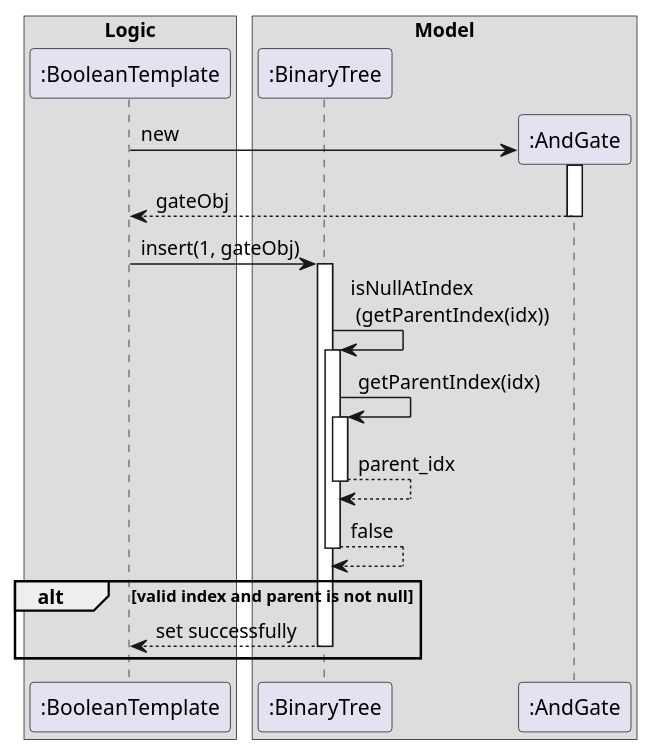
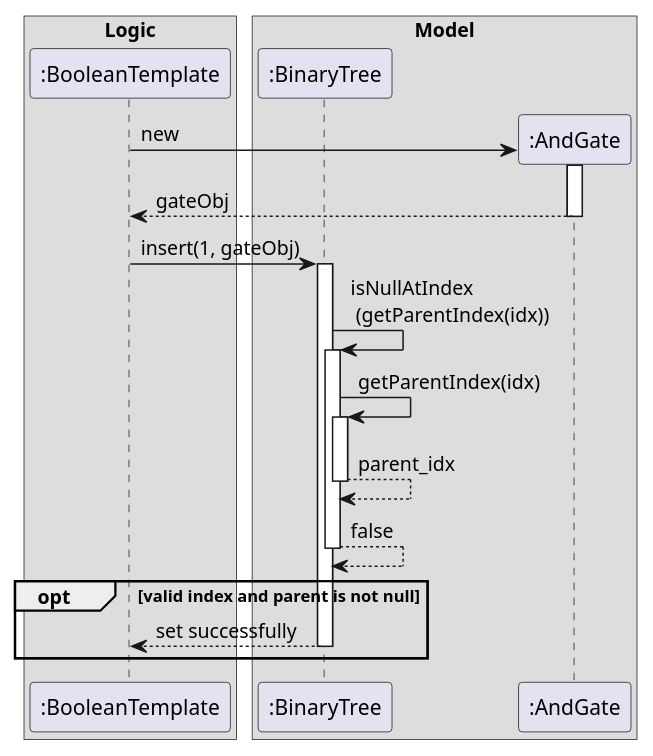
One commit to sevenseasofbri/tp changed the diagram in docs/diagrams/BinaryTreeInsertSequenceDiagram.puml. Above: the diagram before and after it, drawn with PlantUML. The commit also changed 7 other files, not shown here.

```diff
--- a/docs/diagrams/BinaryTreeInsertSequenceDiagram.puml
+++ b/docs/diagrams/BinaryTreeInsertSequenceDiagram.puml
@@ -1,23 +1,23 @@
 @startuml
 box Logic
 participant ":BooleanTemplate" as BooleanTemplate
 end box
 
 box Model
 participant ":BinaryTree" as BinaryTree
 participant ":AndGate" as AndGate
 end box
 autoactivate on
 create AndGate
 BooleanTemplate -> AndGate: new
 return gateObj
 
 BooleanTemplate -> BinaryTree : insert(1, gateObj)
 BinaryTree -> BinaryTree : isNullAtIndex \n (getParentIndex(idx))
 BinaryTree -> BinaryTree : getParentIndex(idx)
 return parent_idx
 return false
-alt valid index and parent is not null
+opt valid index and parent is not null
 return set successfully
 end
 @enduml
```
